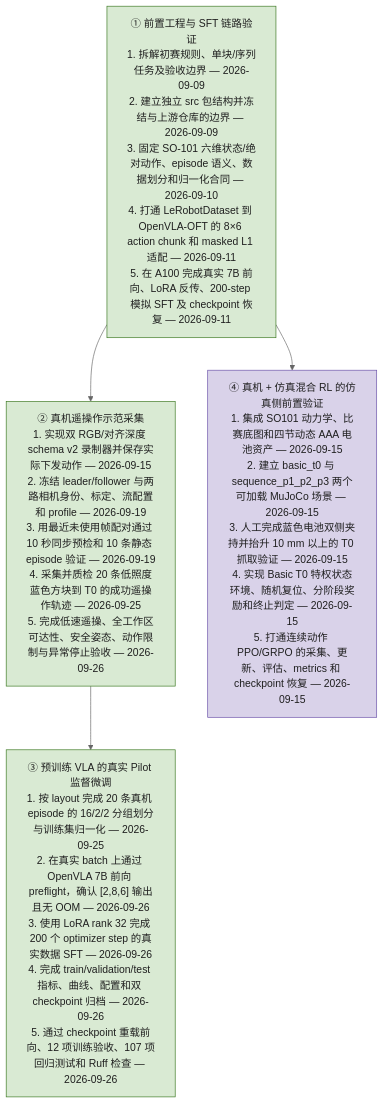
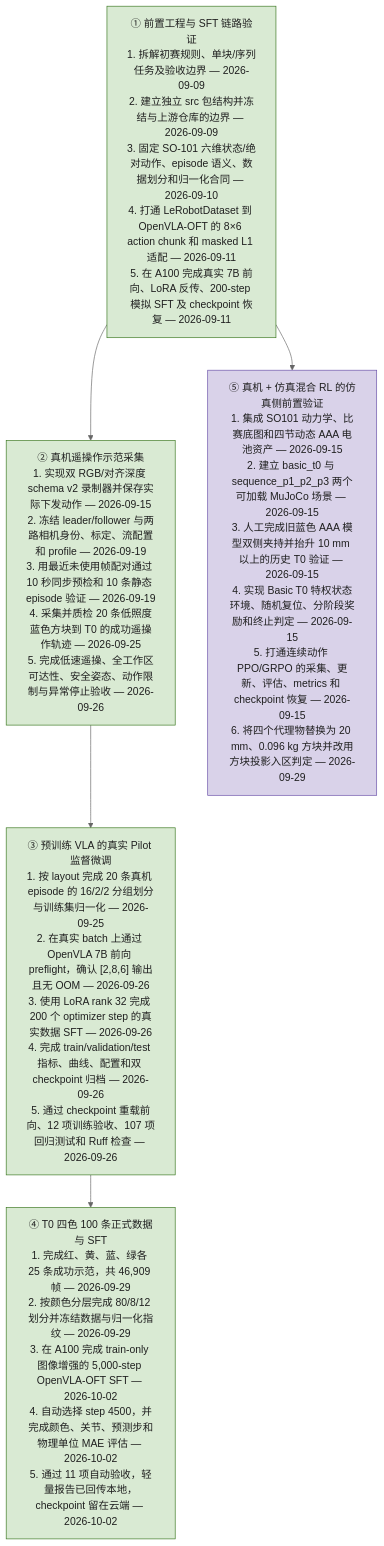
Before and after one commit to songdaicheng666-dot/real_so101_vla_rl: the second of 2 diagrams in README.md, drawn with Mermaid (neutral theme). The commit also changed other lines of this file and 193 other files, not shown here.

````diff
--- a/README.md
+++ b/README.md
@@ -1068,16 +1216,18 @@
 ```mermaid
 flowchart TD
     A["① 前置工程与 SFT 链路验证<br/>1. 拆解初赛规则、单块/序列任务及验收边界 — 2026-09-09<br/>2. 建立独立 src 包结构并冻结与上游仓库的边界 — 2026-09-09<br/>3. 固定 SO-101 六维状态/绝对动作、episode 语义、数据划分和归一化合同 — 2026-09-10<br/>4. 打通 LeRobotDataset 到 OpenVLA-OFT 的 8×6 action chunk 和 masked L1 适配 — 2026-09-11<br/>5. 在 A100 完成真实 7B 前向、LoRA 反传、200-step 模拟 SFT 及 checkpoint 恢复 — 2026-09-11"]:::done
 
     B["② 真机遥操作示范采集<br/>1. 实现双 RGB/对齐深度 schema v2 录制器并保存实际下发动作 — 2026-09-15<br/>2. 冻结 leader/follower 与两路相机身份、标定、流配置和 profile — 2026-09-19<br/>3. 用最近未使用帧配对通过 10 秒同步预检和 10 条静态 episode 验证 — 2026-09-19<br/>4. 采集并质检 20 条低照度蓝色方块到 T0 的成功遥操作轨迹 — 2026-09-25<br/>5. 完成低速遥操、全工作区可达性、安全姿态、动作限制与异常停止验收 — 2026-09-26"]:::done
 
     C["③ 预训练 VLA 的真实 Pilot 监督微调<br/>1. 按 layout 完成 20 条真机 episode 的 16/2/2 分组划分与训练集归一化 — 2026-09-25<br/>2. 在真实 batch 上通过 OpenVLA 7B 前向 preflight，确认 [2,8,6] 输出且无 OOM — 2026-09-26<br/>3. 使用 LoRA rank 32 完成 200 个 optimizer step 的真实数据 SFT — 2026-09-26<br/>4. 完成 train/validation/test 指标、曲线、配置和双 checkpoint 归档 — 2026-09-26<br/>5. 通过 checkpoint 重载前向、12 项训练验收、107 项回归测试和 Ruff 检查 — 2026-09-26"]:::done
 
-    D["④ 真机 + 仿真混合 RL 的仿真侧前置验证<br/>1. 集成 SO101 动力学、比赛底图和四节动态 AAA 电池资产 — 2026-09-15<br/>2. 建立 basic_t0 与 sequence_p1_p2_p3 两个可加载 MuJoCo 场景 — 2026-09-15<br/>3. 人工完成蓝色电池双侧夹持并抬升 10 mm 以上的 T0 抓取验证 — 2026-09-15<br/>4. 实现 Basic T0 特权状态环境、随机复位、分阶段奖励和终止判定 — 2026-09-15<br/>5. 打通连续动作 PPO/GRPO 的采集、更新、评估、metrics 和 checkpoint 恢复 — 2026-09-15"]:::sim
+    D["④ T0 四色 100 条正式数据与 SFT<br/>1. 完成红、黄、蓝、绿各 25 条成功示范，共 46,909 帧 — 2026-09-29<br/>2. 按颜色分层完成 80/8/12 划分并冻结数据与归一化指纹 — 2026-09-29<br/>3. 在 A100 完成 train-only 图像增强的 5,000-step OpenVLA-OFT SFT — 2026-10-02<br/>4. 自动选择 step 4500，并完成颜色、关节、预测步和物理单位 MAE 评估 — 2026-10-02<br/>5. 通过 11 项自动验收，轻量报告已回传本地，checkpoint 留在云端 — 2026-10-02"]:::done
 
-    A --> B --> C
-    A --> D
+    E["⑤ 真机 + 仿真混合 RL 的仿真侧前置验证<br/>1. 集成 SO101 动力学、比赛底图和四节动态 AAA 电池资产 — 2026-09-15<br/>2. 建立 basic_t0 与 sequence_p1_p2_p3 两个可加载 MuJoCo 场景 — 2026-09-15<br/>3. 人工完成旧蓝色 AAA 模型双侧夹持并抬升 10 mm 以上的历史 T0 验证 — 2026-09-15<br/>4. 实现 Basic T0 特权状态环境、随机复位、分阶段奖励和终止判定 — 2026-09-15<br/>5. 打通连续动作 PPO/GRPO 的采集、更新、评估、metrics 和 checkpoint 恢复 — 2026-09-15<br/>6. 将四个代理物替换为 20 mm、0.096 kg 方块并改用方块投影入区判定 — 2026-09-29"]:::sim
+
+    A --> B --> C --> D
+    A --> E
 
     classDef done fill:#d9ead3,stroke:#38761d,color:#1f1f1f;
     classDef sim fill:#d9d2e9,stroke:#674ea7,color:#1f1f1f;
 ```
````
